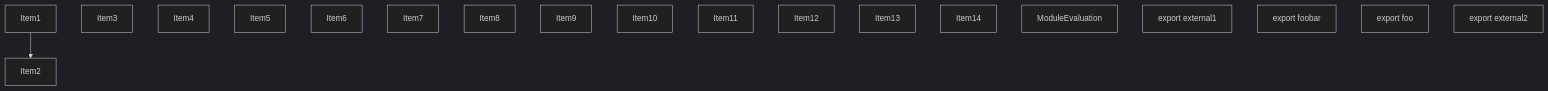
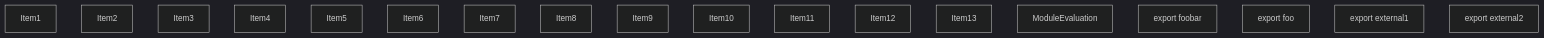
The first of 4 diagrams in crates/turbopack-ecmascript/tests/tree-shaker/analyzer/1/output.md (vercel/turborepo), drawn with Mermaid (dark theme) before and after one commit. The commit also changed other lines of this file and 1 other file, not shown here.

````diff
--- a/crates/turbopack-ecmascript/tests/tree-shaker/analyzer/1/output.md
+++ b/crates/turbopack-ecmascript/tests/tree-shaker/analyzer/1/output.md
@@ -149,28 +140,26 @@
 ```mermaid
 graph TD
     Item1;
     Item2;
     Item3;
     Item4;
     Item5;
     Item6;
     Item7;
     Item8;
     Item9;
     Item10;
     Item11;
     Item12;
     Item13;
     Item14;
+    Item14["ModuleEvaluation"];
     Item15;
-    Item15["ModuleEvaluation"];
+    Item15["export foobar"];
     Item16;
-    Item16["export external1"];
+    Item16["export foo"];
     Item17;
-    Item17["export foobar"];
+    Item17["export external1"];
     Item18;
-    Item18["export foo"];
-    Item19;
-    Item19["export external2"];
-    Item1 --> Item2;
+    Item18["export external2"];
 ```
````
